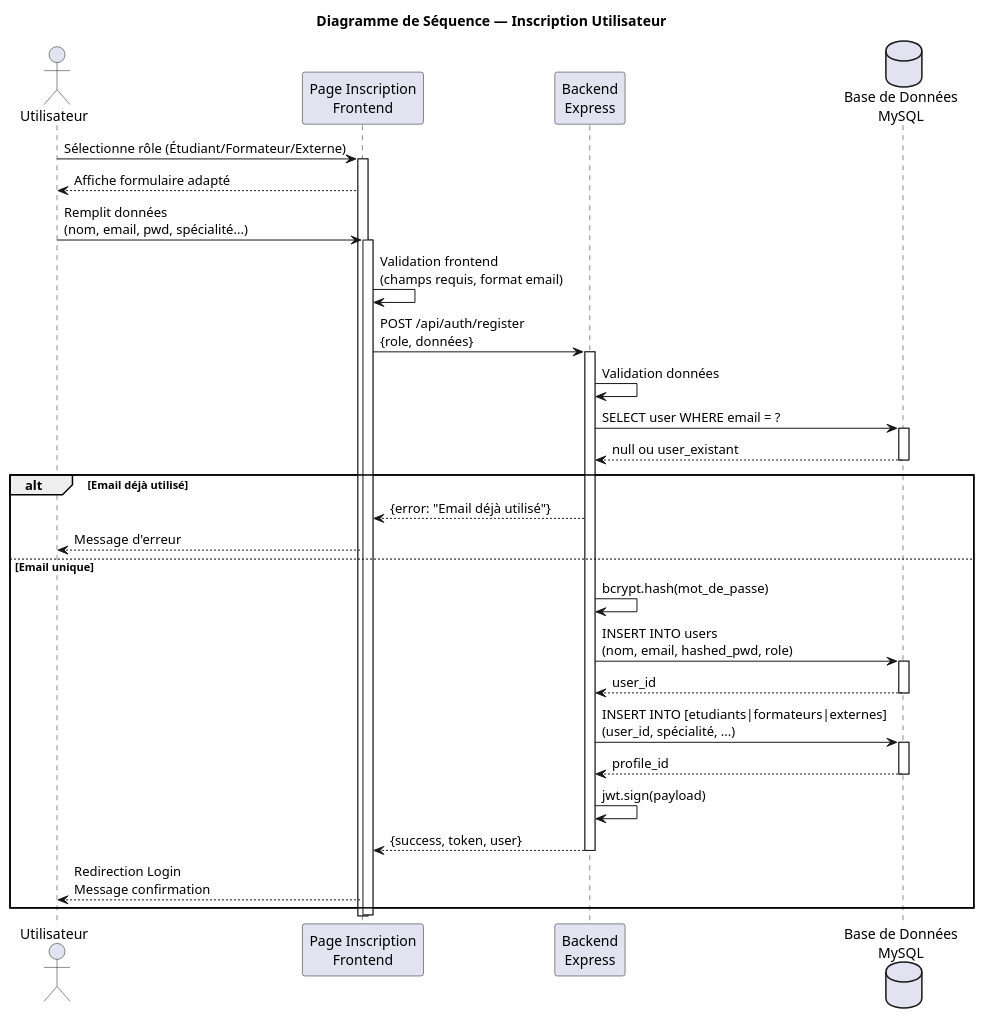
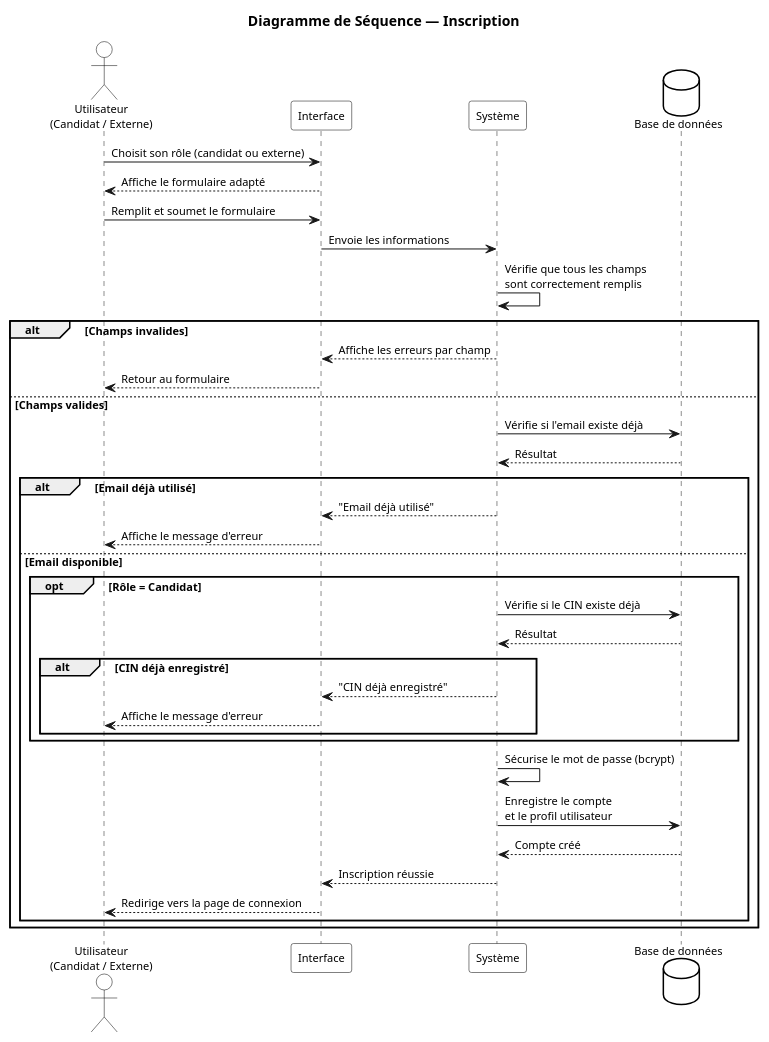
One commit to samiaaamara/projet_pfe changed the diagram in Diagrammes_PlantUML/Sprint1_5_Sequence_Inscription.puml. Above: the diagram before and after it, drawn with PlantUML. The commit also changed 172 other files, not shown here.

```diff
--- a/Diagrammes_PlantUML/Sprint1_5_Sequence_Inscription.puml
+++ b/Diagrammes_PlantUML/Sprint1_5_Sequence_Inscription.puml
@@ -1,50 +1,58 @@
 @startuml Sprint1_Sequence_Inscription
-title Diagramme de Séquence — Inscription Utilisateur
+title Diagramme de Séquence — Inscription
 
-actor Utilisateur as User
-participant "Page Inscription\nFrontend" as Frontend
-participant "Backend\nExpress" as Backend
-database "Base de Données\nMySQL" as DB
+skinparam defaultFontName Arial
+skinparam defaultFontSize 11
+skinparam backgroundColor White
+skinparam sequenceArrowThickness 1
+skinparam sequenceMessageAlign left
+skinparam sequenceBoxBackgroundColor White
+skinparam sequenceBoxBorderColor Black
+skinparam participantBackgroundColor White
+skinparam participantBorderColor Black
+skinparam actorBackgroundColor White
+skinparam actorBorderColor Black
+skinparam databaseBackgroundColor White
+skinparam databaseBorderColor Black
 
-User -> Frontend: Sélectionne rôle (Étudiant/Formateur/Externe)
-activate Frontend
-Frontend --> User: Affiche formulaire adapté
-User -> Frontend: Remplit données\n(nom, email, pwd, spécialité...)
-activate Frontend
+actor "Utilisateur\n(Candidat / Externe)" as User
+participant "Interface" as UI
+participant "Système" as SYS
+database "Base de données" as DB
 
-Frontend -> Frontend: Validation frontend\n(champs requis, format email)
+User -> UI: Choisit son rôle (candidat ou externe)
+UI --> User: Affiche le formulaire adapté
+User -> UI: Remplit et soumet le formulaire
+UI -> SYS: Envoie les informations
+SYS -> SYS: Vérifie que tous les champs\nsont correctement remplis
 
-Frontend -> Backend: POST /api/auth/register\n{role, données}
-activate Backend
+alt Champs invalides
+    SYS --> UI: Affiche les erreurs par champ
+    UI --> User: Retour au formulaire
+else Champs valides
+    SYS -> DB: Vérifie si l'email existe déjà
+    DB --> SYS: Résultat
 
-Backend -> Backend: Validation données
-Backend -> DB: SELECT user WHERE email = ?
-activate DB
-DB --> Backend: null ou user_existant
-deactivate DB
+    alt Email déjà utilisé
+        SYS --> UI: "Email déjà utilisé"
+        UI --> User: Affiche le message d'erreur
+    else Email disponible
+        opt Rôle = Candidat
+            SYS -> DB: Vérifie si le CIN existe déjà
+            DB --> SYS: Résultat
 
-alt Email déjà utilisé
-    Backend --> Frontend: {error: "Email déjà utilisé"}
-    Frontend --> User: Message d'erreur
-else Email unique
-    Backend -> Backend: bcrypt.hash(mot_de_passe)
-    Backend -> DB: INSERT INTO users\n(nom, email, hashed_pwd, role)
-    activate DB
-    DB --> Backend: user_id
-    deactivate DB
-    
-    Backend -> DB: INSERT INTO [etudiants|formateurs|externes]\n(user_id, spécialité, ...)
-    activate DB
-    DB --> Backend: profile_id
-    deactivate DB
-    
-    Backend -> Backend: jwt.sign(payload)
-    Backend --> Frontend: {success, token, user}
-    deactivate Backend
-    
-    Frontend --> User: Redirection Login\nMessage confirmation
+            alt CIN déjà enregistré
+                SYS --> UI: "CIN déjà enregistré"
+                UI --> User: Affiche le message d'erreur
+            end
+        end
+
+        SYS -> SYS: Sécurise le mot de passe (bcrypt)
+        SYS -> DB: Enregistre le compte\net le profil utilisateur
+        DB --> SYS: Compte créé
+        SYS --> UI: Inscription réussie
+        UI --> User: Redirige vers la page de connexion
+    end
 end
 
-deactivate Frontend
-
 @enduml
```
